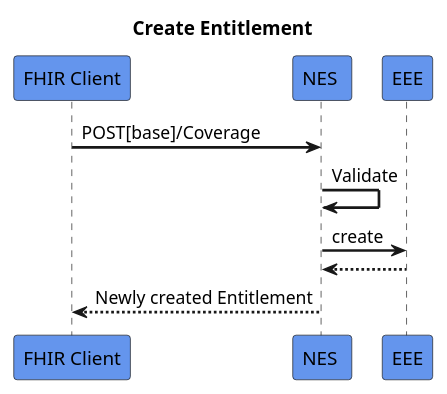
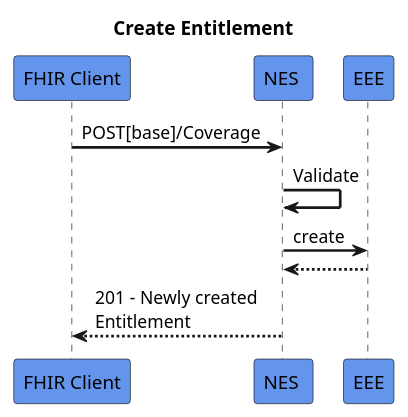
The diagram in input/images-source/create-entitlement.plantuml (HL7NZ/nes-ig), drawn with PlantUML before and after one commit. The commit also changed 1 other file, not shown here.

```diff
--- a/input/images-source/create-entitlement.plantuml
+++ b/input/images-source/create-entitlement.plantuml
@@ -1,17 +1,17 @@
 @startuml
 skinparam sequenceArrowThickness 2
 skinparam roundcorner 5
 skinparam maxmessagesize 180
 skinparam sequenceParticipant bold
 title  Create Entitlement
 participant "FHIR Client" as A #CornflowerBlue
 participant "NES " as B #CornflowerBlue
 participant "EEE" as C #CornflowerBlue
 
 A -> B: POST[base]/Coverage
 B -> B: Validate
 B -> C: create
 C -[dashed]-> B:
 
-B -[dashed]-> A:Newly created Entitlement
+B -[dashed]-> A:201 - Newly created Entitlement
 @enduml
```
